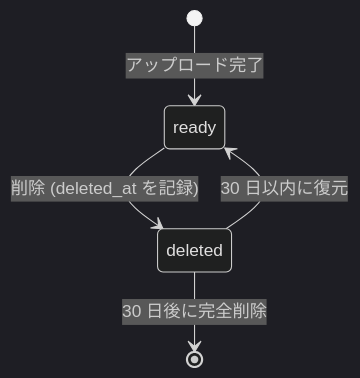
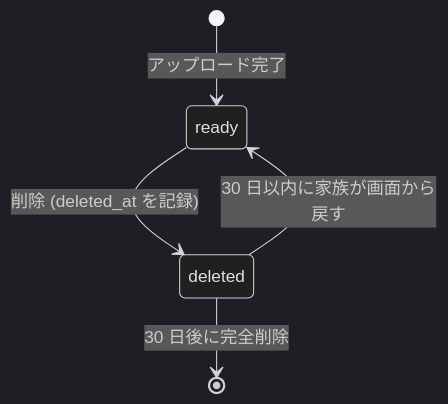
One commit to Inouey1008/family-video changed the second of 2 diagrams in docs/specs/data.md. Above: the diagram before and after it, drawn with Mermaid (dark theme). The commit also changed other lines of this file and 4 other files, not shown here.

````diff
--- a/docs/specs/data.md
+++ b/docs/specs/data.md
@@ -39,7 +39,7 @@
 ```mermaid
 stateDiagram-v2
   [*] --> ready: アップロード完了
   ready --> deleted: 削除 (deleted_at を記録)
-  deleted --> ready: 30 日以内に復元
+  deleted --> ready: 30 日以内に家族が画面から戻す
   deleted --> [*]: 30 日後に完全削除
 ```
````
